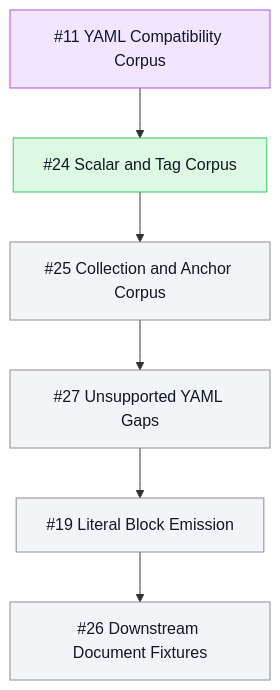
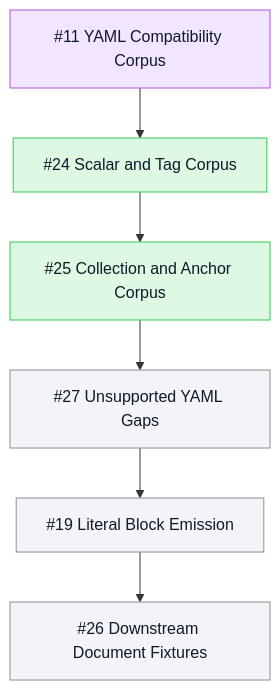
Before and after one commit to mihaelamj/PureYAML: the third of 3 diagrams in README.md, drawn with Mermaid. The commit also changed 3 other files, not shown here.

Commit message:
test(compatibility): add collection fixture corpus

````diff
--- a/README.md
+++ b/README.md
@@ -68,18 +68,18 @@
 ```mermaid
 flowchart TB
   classDef done fill:#ddf9e4,stroke:#34c759,color:#111827
   classDef review fill:#fff7d6,stroke:#ffcc00,color:#111827
   classDef epic fill:#f2e5ff,stroke:#af52de,color:#111827
   classDef todo fill:#f2f4f7,stroke:#8e8e93,color:#111827
   Epic11["#11 YAML Compatibility Corpus"]:::epic
   Scalar24["#24 Scalar and Tag Corpus"]:::done
-  Collection25["#25 Collection and Anchor Corpus"]:::todo
+  Collection25["#25 Collection and Anchor Corpus"]:::done
   Gaps27["#27 Unsupported YAML Gaps"]:::todo
   Literal19["#19 Literal Block Emission"]:::todo
   Downstream26["#26 Downstream Document Fixtures"]:::todo
   Epic11 --> Scalar24
   Scalar24 --> Collection25
   Collection25 --> Gaps27
   Gaps27 --> Literal19
   Literal19 --> Downstream26
 ```
````
